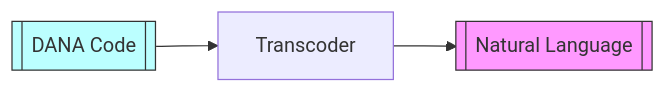
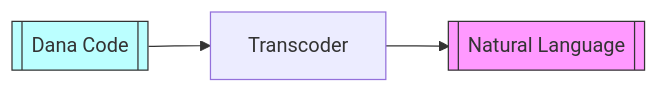
One commit to aitomatic/dana changed the third of 4 diagrams in docs/dana/transcoder.md. Above: the diagram before and after it, drawn with Mermaid. The commit also changed other lines of this file and 54 other files, not shown here.

````diff
--- a/docs/dana/transcoder.md
+++ b/docs/dana/transcoder.md
@@ -56,7 +56,7 @@
 ```mermaid
 graph LR
-    DANA[[DANA Code]] --> T[Transcoder]
+    Dana[[Dana Code]] --> T[Transcoder]
     T --> NL[[Natural Language]]
     style NL fill:#f9f,stroke:#333
-    style DANA fill:#bff,stroke:#333
+    style Dana fill:#bff,stroke:#333
 ```
````
